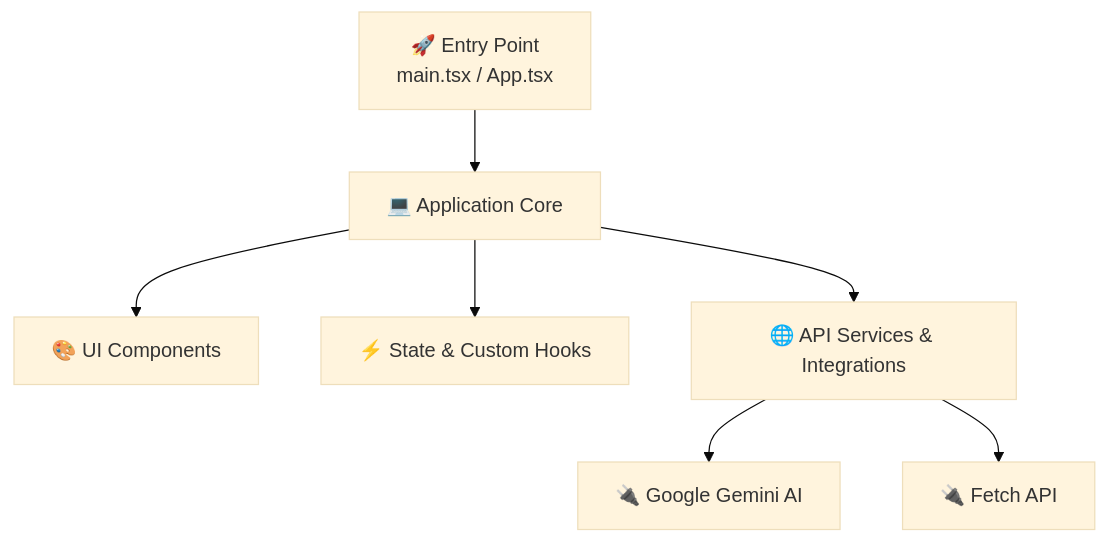
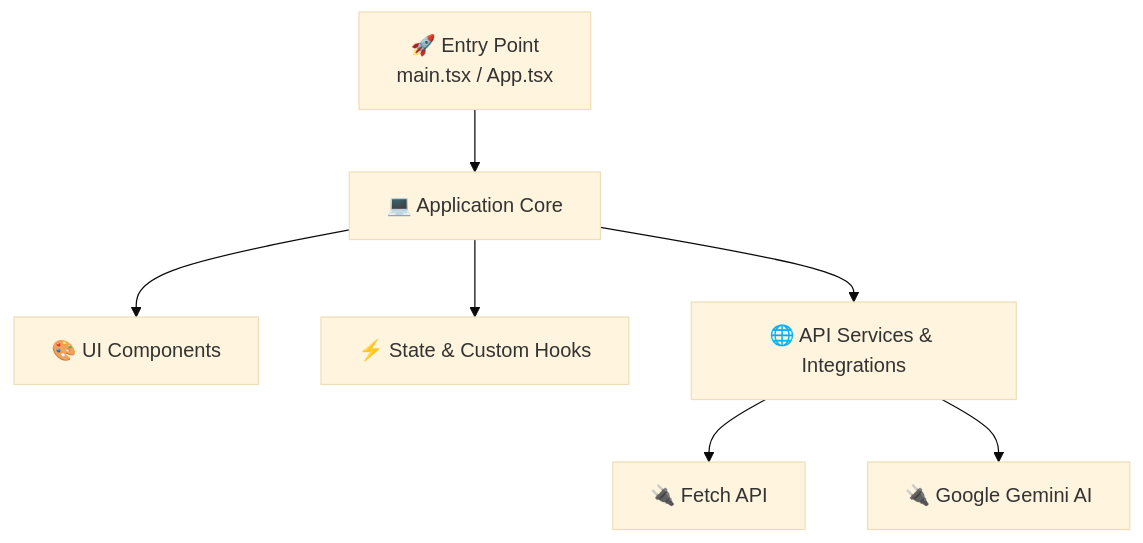
Before and after one commit to halilogia/LifeOS: the diagram in ARCHITECTURE_AUTO_GENERATED.md, drawn with Mermaid (base theme). The commit also changed other lines of this file and 1 other file, not shown here.

Commit message:
feat: introduce City Pulse module for Istanbul event discovery and update architecture documentation

````diff
--- a/ARCHITECTURE_AUTO_GENERATED.md
+++ b/ARCHITECTURE_AUTO_GENERATED.md
@@ -29,9 +29,9 @@
 ```mermaid
 graph TD
     Entry[🚀 Entry Point<br/>main.tsx / App.tsx] --> App[💻 Application Core]
     App --> UI[🎨 UI Components]
     App --> State[⚡ State & Custom Hooks]
     App --> API[🌐 API Services & Integrations]
+    API --> Fetch_API[🔌 Fetch API]
     API --> Google_Gemini_AI[🔌 Google Gemini AI]
-    API --> Fetch_API[🔌 Fetch API]
 ```
````
